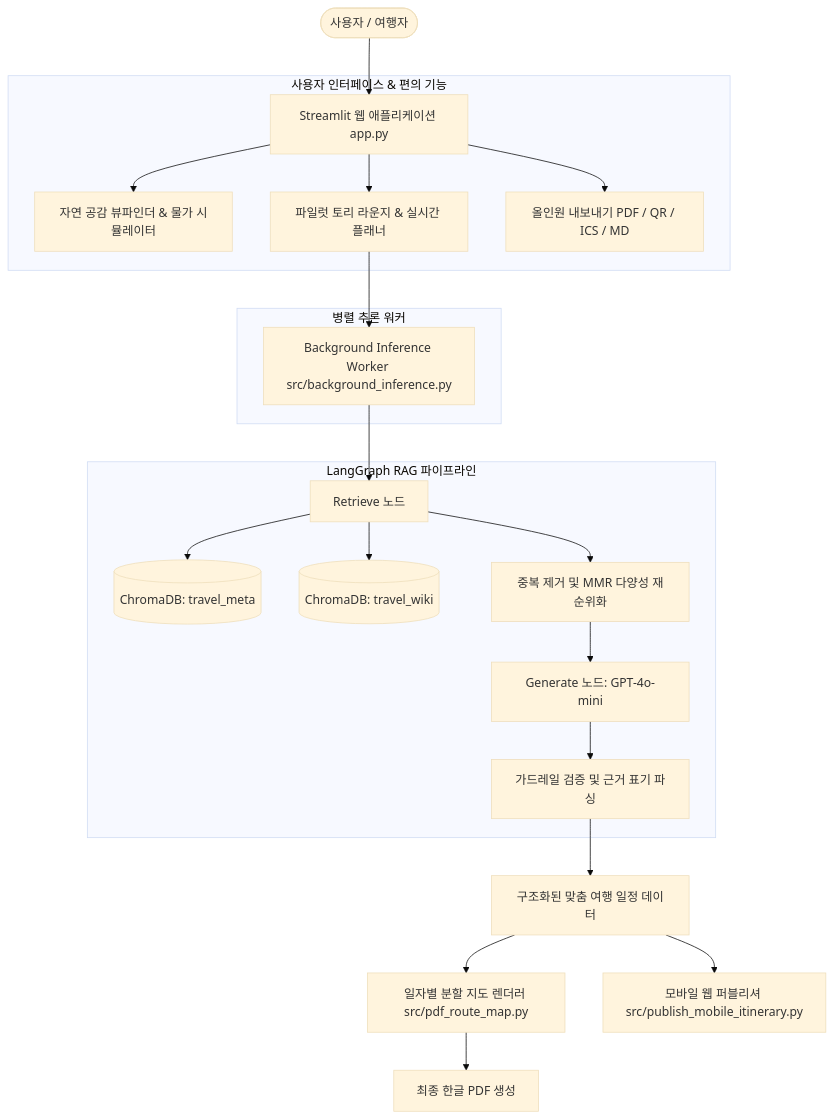
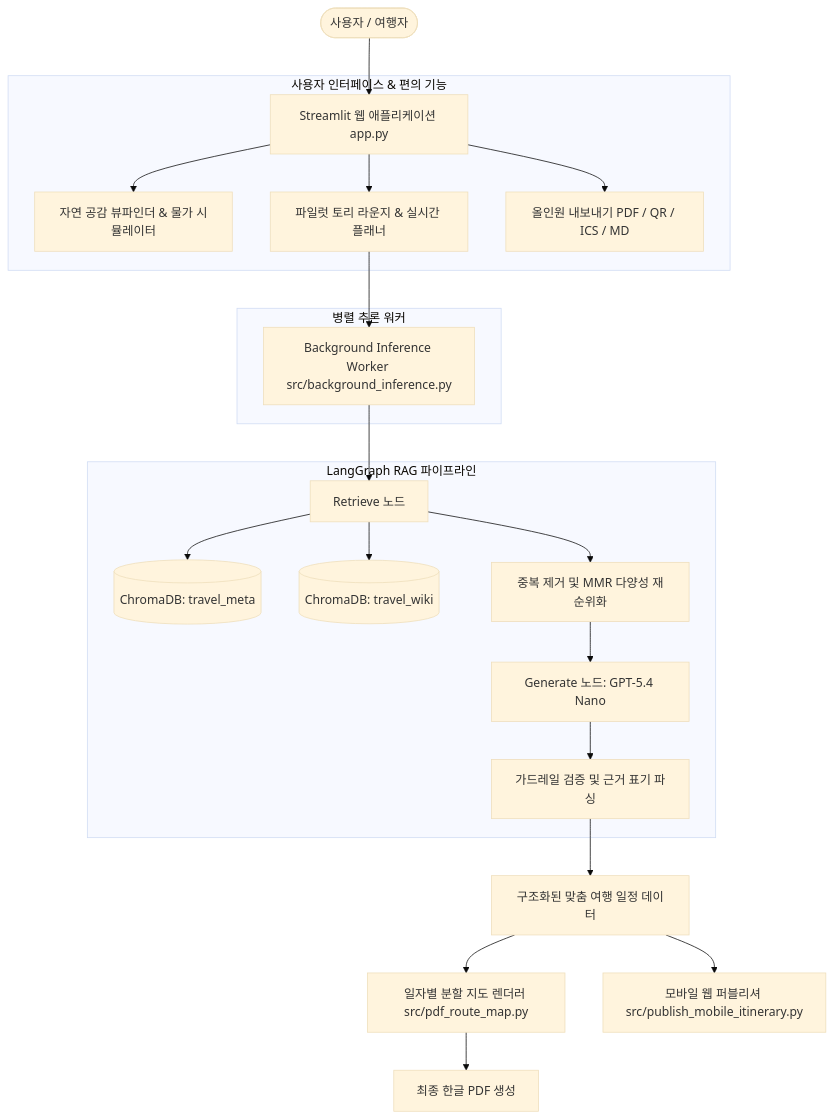
The diagram in README.md (strongsun806/TripPilot), drawn with Mermaid (base theme) before and after one commit. The commit also changed other lines of this file and 6 other files, not shown here.

Commit message:
docs: Update README demo screenshots to match new UI and change OpenAI model from 4o-mini to 5.4-nano

````diff
--- a/README.md
+++ b/README.md
@@ -89,28 +89,28 @@
 ```mermaid
 flowchart TD
     User([사용자 / 여행자]) --> UI[Streamlit 웹 애플리케이션 app.py]
     
     subgraph UI_Features [사용자 인터페이스 & 편의 기능]
         UI --> Viewfinder[자연 공감 뷰파인더 & 물가 시뮬레이터]
         UI --> Lounge[파일럿 토리 라운지 & 실시간 플래너]
         UI --> ExportHub[올인원 내보내기 PDF / QR / ICS / MD]
     end
 
     subgraph Async_Engine [병렬 추론 워커]
         Lounge --> BgWorker[Background Inference Worker src/background_inference.py]
     end
 
     subgraph LangGraph_RAG [LangGraph RAG 파이프라인]
         BgWorker --> RetrieveNode[Retrieve 노드]
         RetrieveNode --> ChromaMeta[(ChromaDB: travel_meta)]
         RetrieveNode --> ChromaWiki[(ChromaDB: travel_wiki)]
         RetrieveNode --> MergeFilter[중복 제거 및 MMR 다양성 재순위화]
-        MergeFilter --> GenerateNode[Generate 노드: GPT-4o-mini]
+        MergeFilter --> GenerateNode[Generate 노드: GPT-5.4 Nano]
         GenerateNode --> Guardrail[가드레일 검증 및 근거 표기 파싱]
     end
 
     Guardrail --> ItineraryPlan[구조화된 맞춤 여행 일정 데이터]
     ItineraryPlan --> RouteMapGen[일자별 분할 지도 렌더러 src/pdf_route_map.py]
     ItineraryPlan --> MobileWebPub[모바일 웹 퍼블리셔 src/publish_mobile_itinerary.py]
     RouteMapGen --> PDF[최종 한글 PDF 생성]
 ```
````
